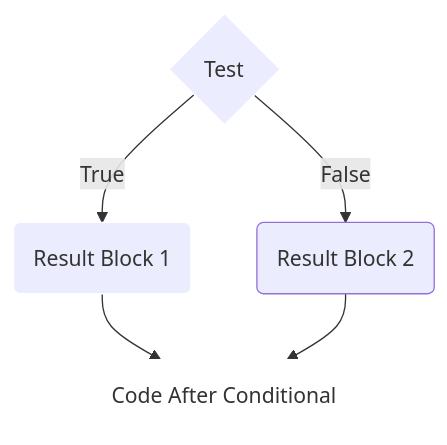
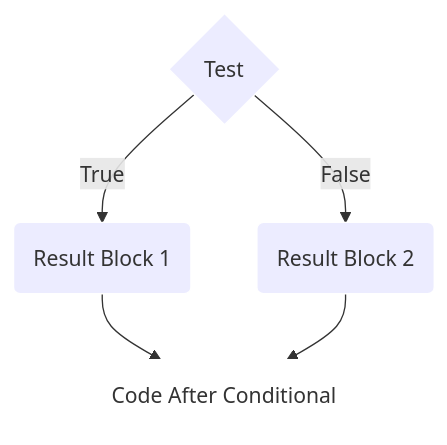
One commit to lsu-ddem/pathways-site changed the second of 3 diagrams in content/1_IntroToCoding/2_MakingThings_Happen/1_Lesson_1/index.md. Above: the diagram before and after it, drawn with Mermaid.

Commit message:
Update Computers Making Choices “index”

```diff
--- a/content/1_IntroToCoding/2_MakingThings_Happen/1_Lesson_1/index.md
+++ b/content/1_IntroToCoding/2_MakingThings_Happen/1_Lesson_1/index.md
@@ -26,14 +26,15 @@
 {{<mermaid align="center">}}
 graph TD
 
 A{Test} -->|True| B(Result Block 1)
 A{Test} -->|False| D(Result Block 2)
 B-->E(Code After Conditional)
 D-->E
 
 style A  stroke:#FFFFFF;
 style B  stroke:#FFFFFF;
+style D  stroke:#FFFFFF;
 style E fill:#FFFFFF, stroke:#FFFFFF;
 
 
 {{< /mermaid >}}
```
